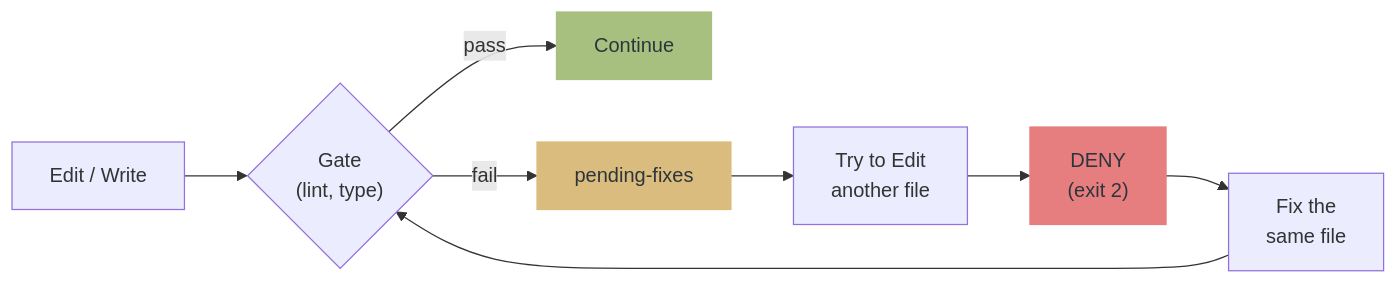
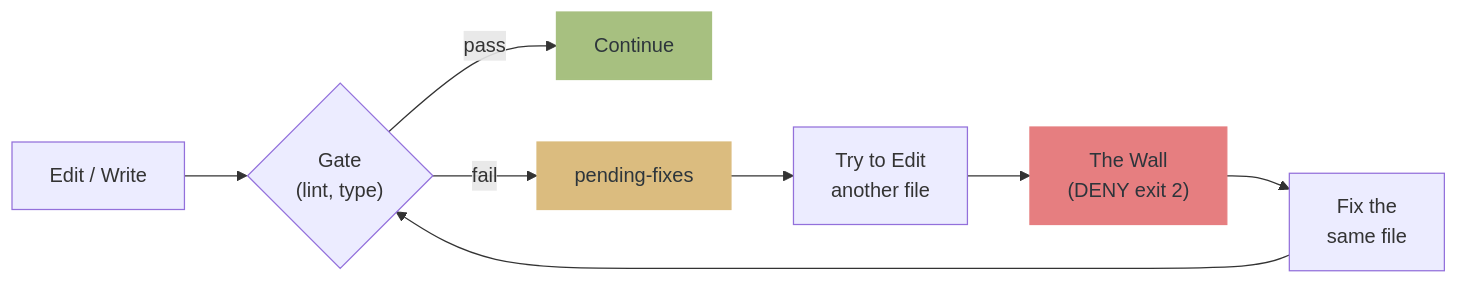
Before and after one commit to hir4ta/qult: the first of 2 diagrams in README.md, drawn with Mermaid. The commit also changed other lines of this file and 22 other files, not shown here.

````diff
--- a/README.md
+++ b/README.md
@@ -29,14 +50,14 @@
 ```mermaid
 flowchart LR
     Edit["Edit / Write"] --> Gate{"Gate\n(lint, type)"}
     Gate -- pass --> OK["Continue"]
     Gate -- fail --> PF["pending-fixes"]
     PF --> Next["Try to Edit\nanother file"]
-    Next --> DENY["DENY\n(exit 2)"]
+    Next --> DENY["The Wall\n(DENY exit 2)"]
     DENY --> Fix["Fix the\nsame file"]
     Fix --> Gate
 
     style DENY fill:#e67e80,color:#2d353b,stroke:#e67e80
     style OK fill:#a7c080,color:#2d353b,stroke:#a7c080
     style PF fill:#dbbc7f,color:#2d353b,stroke:#dbbc7f
 ```
````
